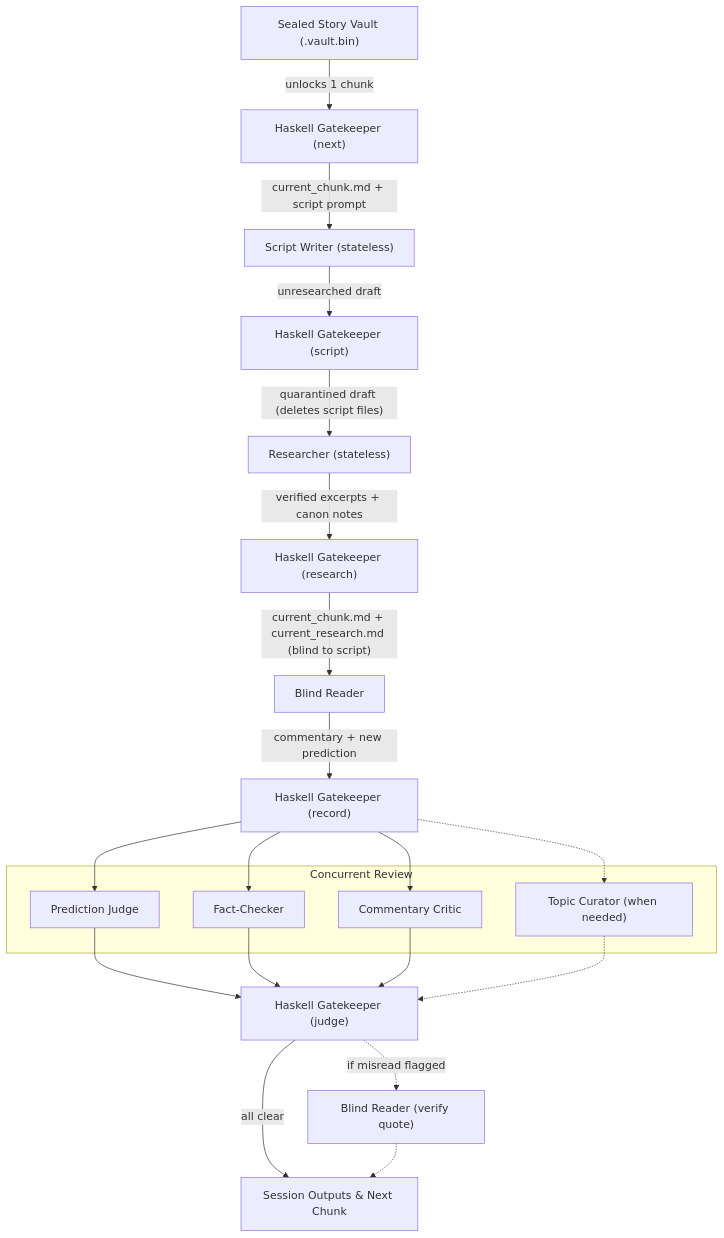
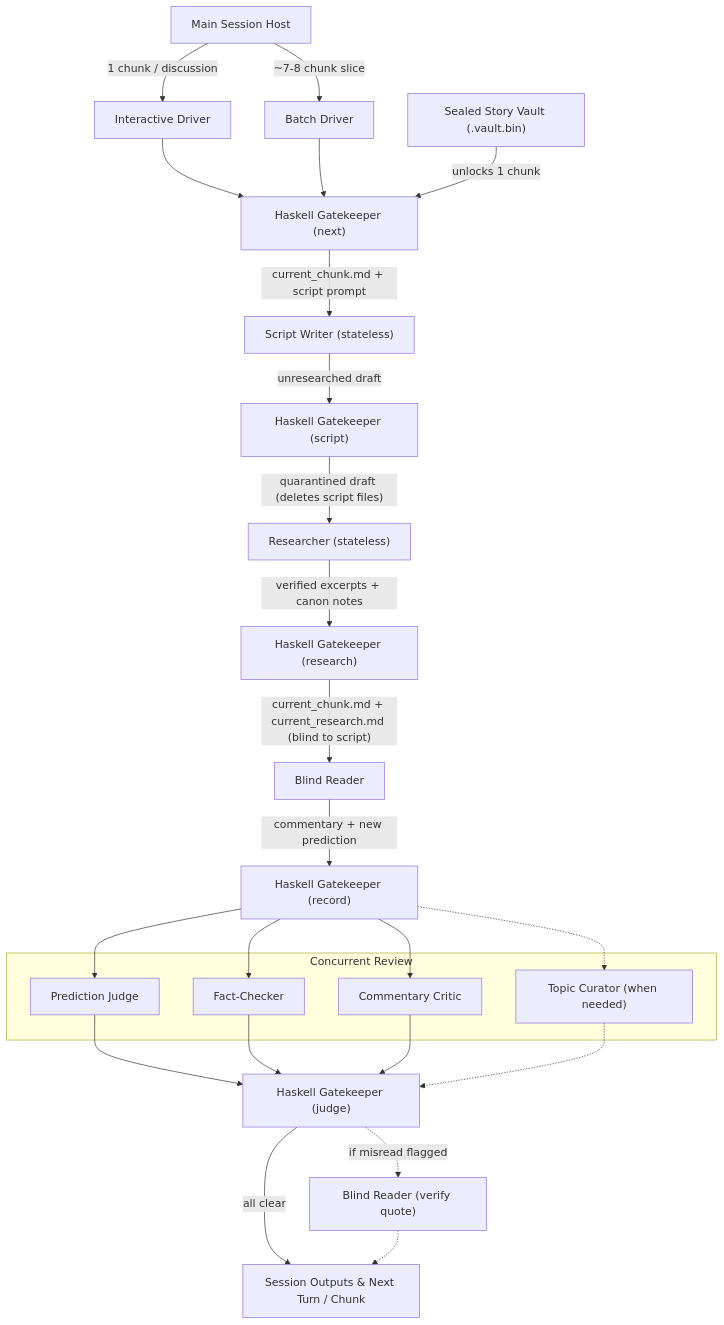
Before and after one commit to chungyc/agent-lets-read: the diagram in README.md, drawn with Mermaid. The commit also changed other lines of this file and 26 other files, not shown here.

````diff
--- a/README.md
+++ b/README.md
@@ -111,31 +119,36 @@
 ```mermaid
 flowchart TD
-    V["Sealed Story Vault (.vault.bin)"] -->|"unlocks 1 chunk"| GK1["Haskell Gatekeeper (next)"]
+    Host["Main Session Host"] -->|"1 chunk / discussion"| ID["Interactive Driver"]
+    Host -->|"~7-8 chunk slice"| BD["Batch Driver"]
+    ID --> GK1["Haskell Gatekeeper (next)"]
+    BD --> GK1
+
+    V["Sealed Story Vault (.vault.bin)"] -->|"unlocks 1 chunk"| GK1
     GK1 -->|"current_chunk.md + script prompt"| SW["Script Writer (stateless)"]
     SW -->|"unresearched draft"| GK_S["Haskell Gatekeeper (script)"]
     GK_S -->|"quarantined draft (deletes script files)"| RES["Researcher (stateless)"]
     RES -->|"verified excerpts + canon notes"| GK_R["Haskell Gatekeeper (research)"]
     GK_R -->|"current_chunk.md + current_research.md (blind to script)"| BR["Blind Reader"]
     BR -->|"commentary + new prediction"| GK2["Haskell Gatekeeper (record)"]
 
     subgraph Concurrent["Concurrent Review"]
         PJ["Prediction Judge"]
         FC["Fact-Checker"]
         CC["Commentary Critic"]
         TC["Topic Curator (when needed)"]
     end
 
     GK2 --> PJ
     GK2 --> FC
     GK2 --> CC
     GK2 -.-> TC
 
     PJ --> GK3["Haskell Gatekeeper (judge)"]
     FC --> GK3
     CC --> GK3
     TC -.-> GK3
 
-    GK3 -->|"all clear"| Next["Session Outputs & Next Chunk"]
+    GK3 -->|"all clear"| Next["Session Outputs & Next Turn / Chunk"]
     GK3 -.->|"if misread flagged"| Discuss["Blind Reader (verify quote)"]
     Discuss -.-> Next
 ```
````
